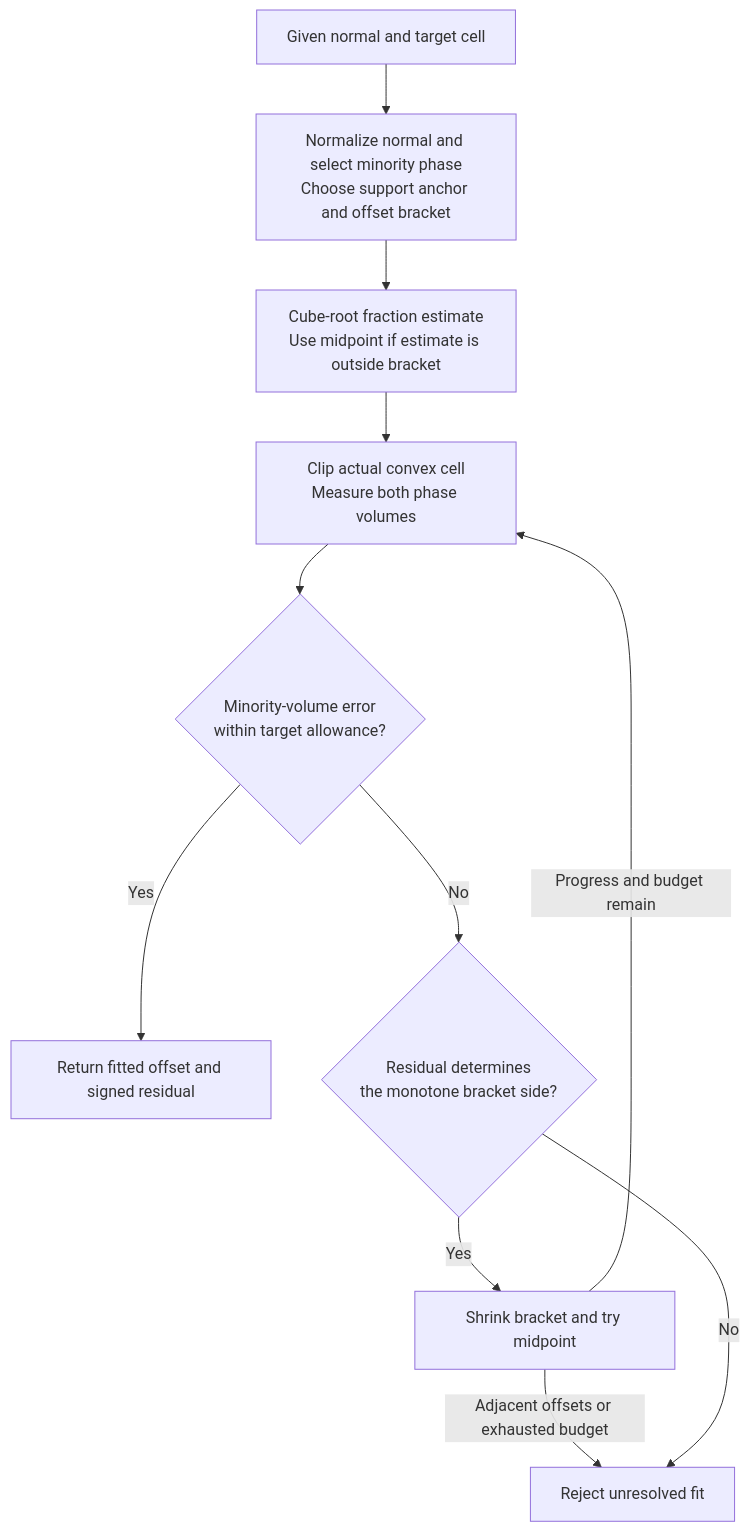
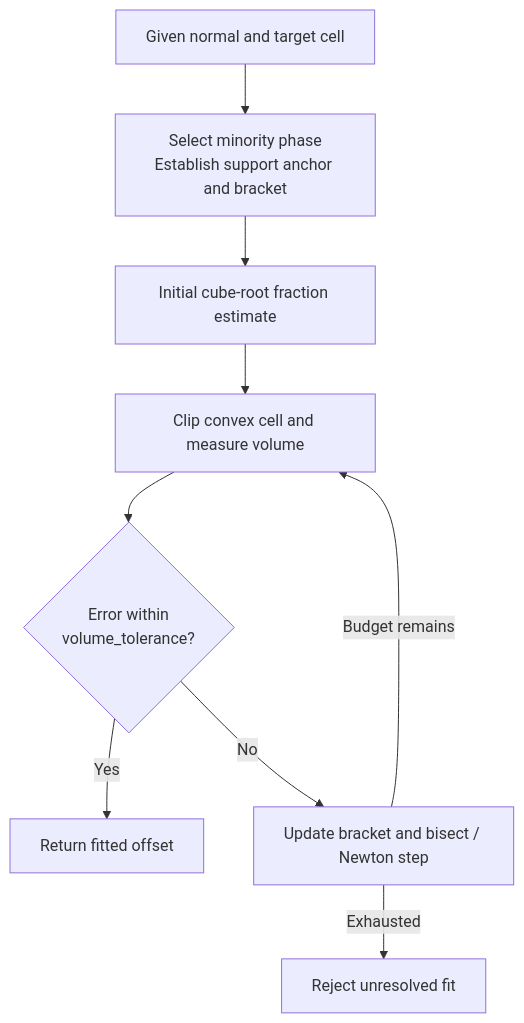
Before and after one commit to islandox/SimpleFluid: the second of 2 diagrams in docs/modeling/plic.md, drawn with Mermaid. The commit also changed other lines of this file and 59 other files, not shown here.

````diff
--- a/docs/modeling/plic.md
+++ b/docs/modeling/plic.md
@@ -542,20 +97,17 @@
 ```mermaid
 flowchart TD
     A["Given normal and target cell"]
-    B["Normalize normal and select minority phase<br/>Choose support anchor and offset bracket"]
-    C["Cube-root fraction estimate<br/>Use midpoint if estimate is outside bracket"]
-    D["Clip actual convex cell<br/>Measure both phase volumes"]
-    E{"Minority-volume error<br/>within target allowance?"}
-    F["Return fitted offset and signed residual"]
-    G{"Residual determines<br/>the monotone bracket side?"}
-    H["Shrink bracket and try midpoint"]
+    B["Select minority phase<br/>Establish support anchor and bracket"]
+    C["Initial cube-root fraction estimate"]
+    D["Clip convex cell and measure volume"]
+    E{"Error within<br/>volume_tolerance?"}
+    F["Return fitted offset"]
+    H["Update bracket and bisect / Newton step"]
     R["Reject unresolved fit"]
 
     A --> B --> C --> D --> E
     E -- Yes --> F
-    E -- No --> G
-    G -- Yes --> H
-    H -- Progress and budget remain --> D
-    H -- Adjacent offsets or exhausted budget --> R
-    G -- No --> R
+    E -- No --> H
+    H -- Budget remains --> D
+    H -- Exhausted --> R
 ```
````
